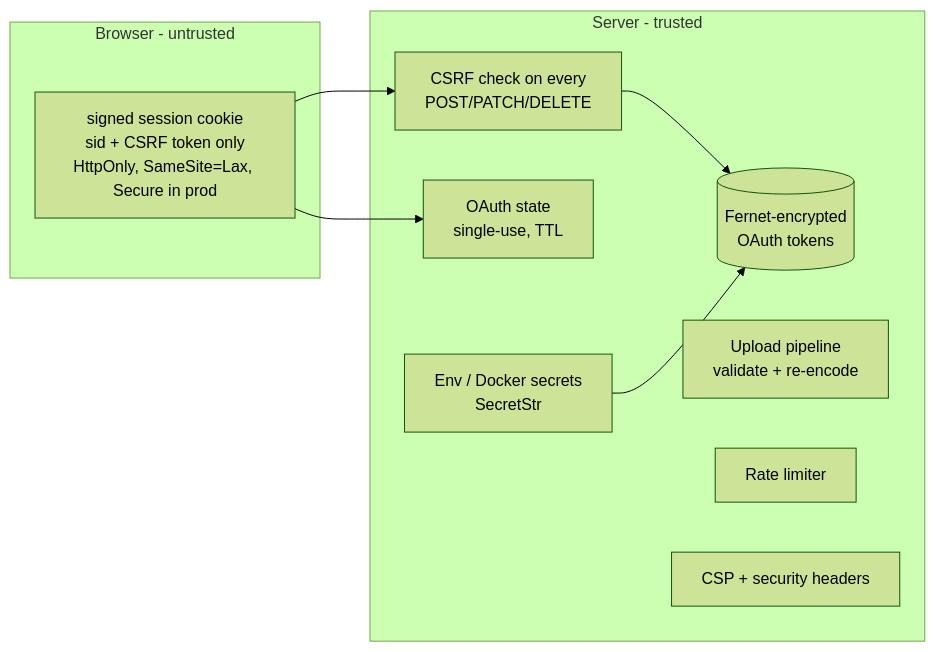
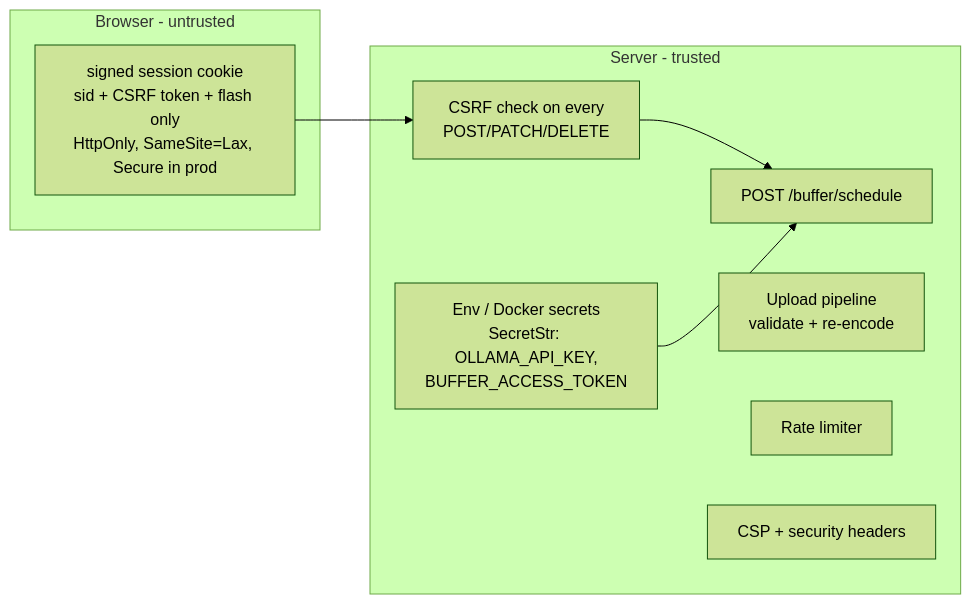
The tenth of 10 diagrams in docs/ARCHITECTURE.md (Aminul1993/Social-Booster), drawn with Mermaid (forest theme) before and after one commit. The commit also changed other lines of this file and 48 other files, not shown here.

````diff
--- a/docs/ARCHITECTURE.md
+++ b/docs/ARCHITECTURE.md
@@ -323,19 +332,17 @@
 ```mermaid
 flowchart LR
     subgraph browser[Browser - untrusted]
-        cookie[signed session cookie<br/>sid + CSRF token only<br/>HttpOnly, SameSite=Lax, Secure in prod]
+        cookie[signed session cookie<br/>sid + CSRF token + flash only<br/>HttpOnly, SameSite=Lax, Secure in prod]
     end
     subgraph server[Server - trusted]
         csrf[CSRF check on every<br/>POST/PATCH/DELETE]
-        state[OAuth state<br/>single-use, TTL]
-        vault[(Fernet-encrypted<br/>OAuth tokens)]
-        secrets[Env / Docker secrets<br/>SecretStr]
+        secrets[Env / Docker secrets<br/>SecretStr: OLLAMA_API_KEY,<br/>BUFFER_ACCESS_TOKEN]
+        publish[POST /buffer/schedule]
         uploads[Upload pipeline<br/>validate + re-encode]
         rl[Rate limiter]
         csp[CSP + security headers]
     end
     cookie --> csrf
-    cookie --> state
-    csrf --> vault
-    secrets --> vault
+    csrf --> publish
+    secrets --> publish
 ```
````
